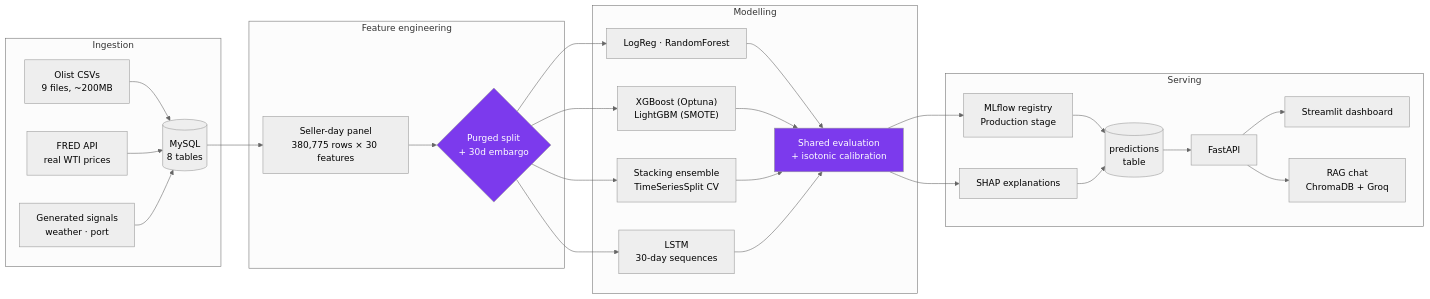
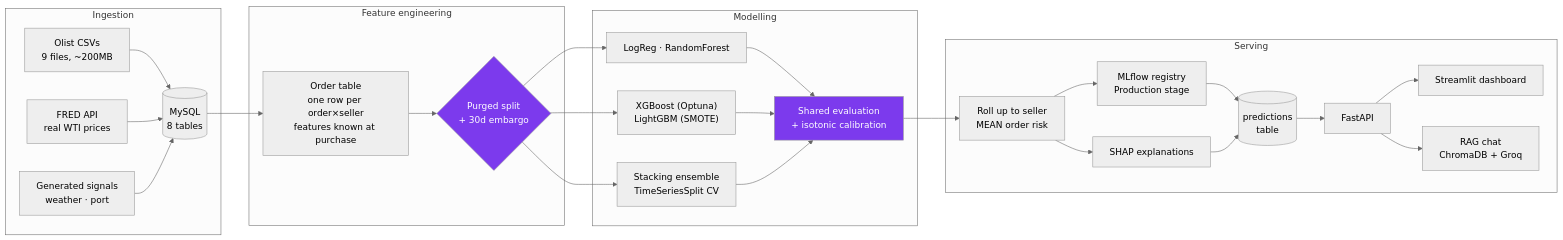
One commit to paradise2580/Sentrix changed the diagram in README.md. Above: the diagram before and after it, drawn with Mermaid (neutral theme). The commit also changed other lines of this file and 45 other files, not shown here.

Commit message:
Rebuild at order grain: model orders, roll up to sellers

````diff
--- a/README.md
+++ b/README.md
@@ -39,33 +100,33 @@
 ```mermaid
 flowchart LR
     subgraph ingest["Ingestion"]
         A["Olist CSVs<br/>9 files, ~200MB"] --> B[("MySQL<br/>8 tables")]
         F["FRED API<br/>real WTI prices"] --> B
         G["Generated signals<br/>weather · port"] --> B
     end
 
     subgraph features["Feature engineering"]
-        B --> C["Seller-day panel<br/>380,775 rows × 30 features"]
+        B --> C["Order table<br/>one row per order×seller<br/>features known at purchase"]
         C --> D{"Purged split<br/>+ 30d embargo"}
     end
 
     subgraph models["Modelling"]
         D --> E1["LogReg · RandomForest"]
         D --> E2["XGBoost (Optuna)<br/>LightGBM (SMOTE)"]
         D --> E3["Stacking ensemble<br/>TimeSeriesSplit CV"]
-        D --> E4["LSTM<br/>30-day sequences"]
-        E1 & E2 & E3 & E4 --> H["Shared evaluation<br/>+ isotonic calibration"]
+        E1 & E2 & E3 --> H["Shared evaluation<br/>+ isotonic calibration"]
     end
 
     subgraph serve["Serving"]
-        H --> I["MLflow registry<br/>Production stage"]
-        H --> J["SHAP explanations"]
+        H --> R["Roll up to seller<br/>MEAN order risk"]
+        R --> I["MLflow registry<br/>Production stage"]
+        R --> J["SHAP explanations"]
         I & J --> K[("predictions<br/>table")]
         K --> L["FastAPI"]
         L --> M["Streamlit dashboard"]
         L --> N["RAG chat<br/>ChromaDB + Groq"]
     end
 
     style D fill:#7c3aed,color:#fff
     style H fill:#7c3aed,color:#fff
 ```
````
